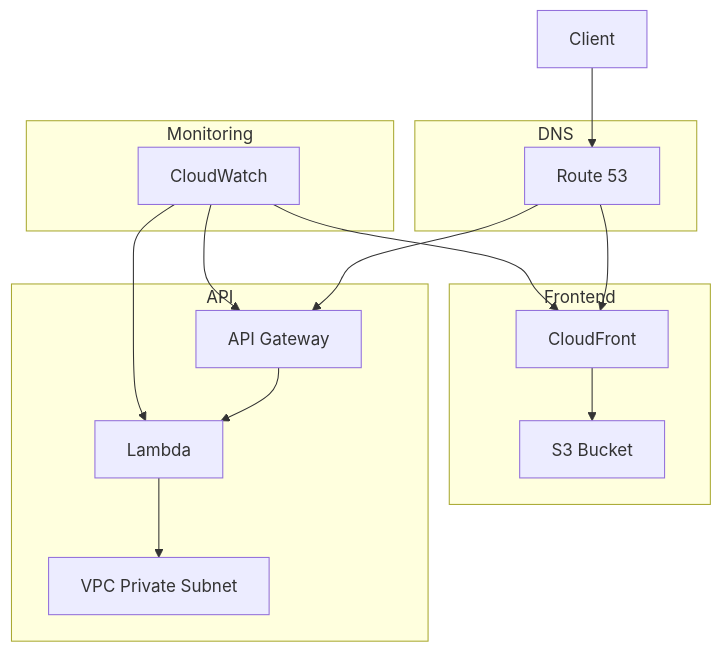
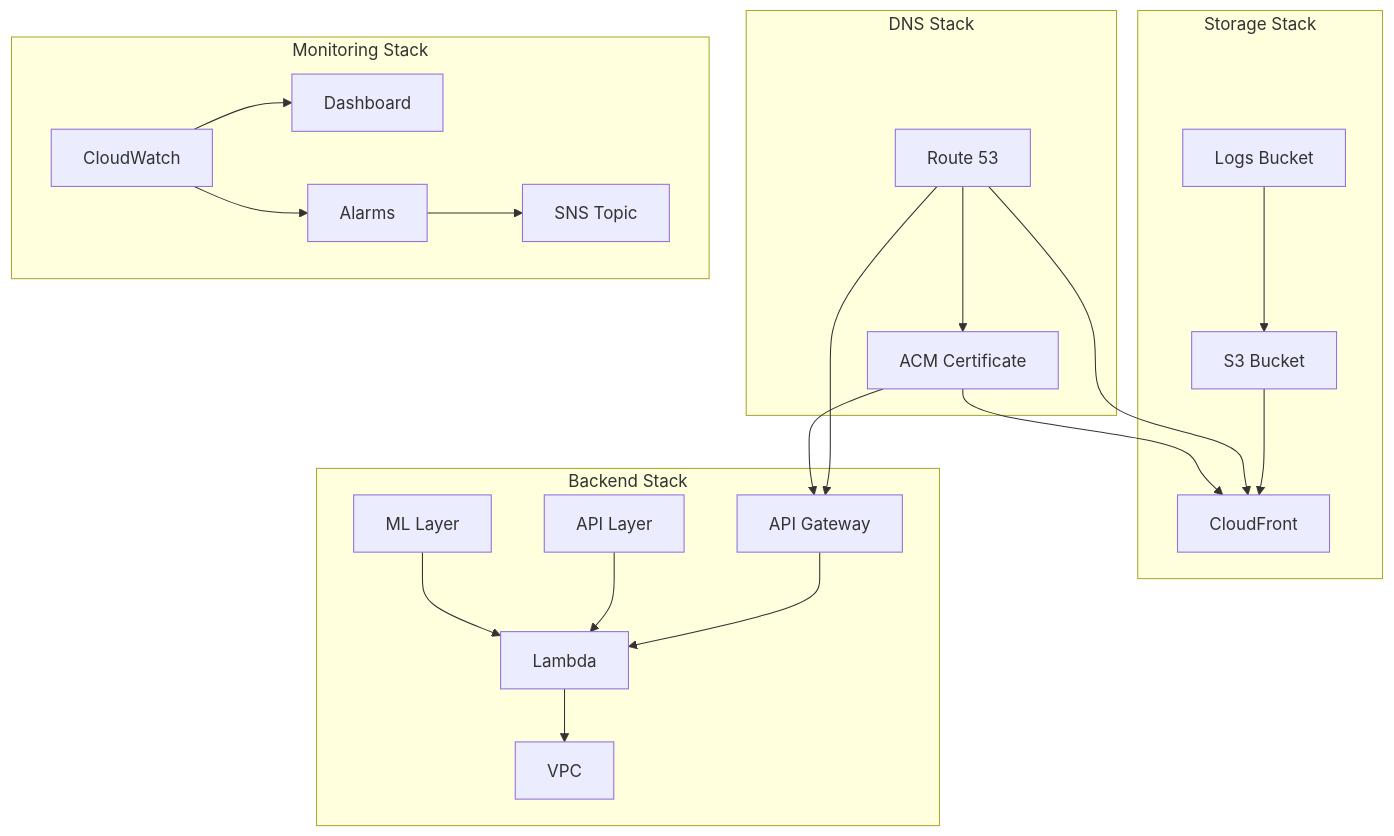
One commit to BjornMelin/stardex changed the diagram in infrastructure/README.md. Above: the diagram before and after it, drawn with Mermaid. The commit also changed other lines of this file and 3 other files, not shown here.

````diff
--- a/infrastructure/README.md
+++ b/infrastructure/README.md
@@ -47,24 +21,29 @@
 ```mermaid
-graph TB
-    subgraph Frontend
-        CF[CloudFront] --> S3[S3 Bucket]
+graph TD
+    subgraph DNS["DNS Stack"]
+        R53[Route 53] --> ACM[ACM Certificate]
     end
 
-    subgraph API
-        APIG[API Gateway] --> Lambda
-        Lambda --> VPC[VPC Private Subnet]
+    subgraph Frontend["Storage Stack"]
+        S3[S3 Bucket] --> CF[CloudFront]
+        S3_LOGS[Logs Bucket] --> S3
     end
 
-    subgraph DNS
-        R53[Route 53] --> CF
-        R53 --> APIG
+    subgraph Backend["Backend Stack"]
+        APIGW[API Gateway] --> Lambda
+        Lambda --> VPC[VPC]
+        Layer1[API Layer] --> Lambda
+        Layer2[ML Layer] --> Lambda
     end
 
-    subgraph Monitoring
-        CW[CloudWatch] --> Lambda
-        CW --> APIG
-        CW --> CF
+    subgraph Monitoring["Monitoring Stack"]
+        CW[CloudWatch] --> Dashboard
+        CW --> Alarms
+        Alarms --> SNS[SNS Topic]
     end
 
-    Client[Client] --> R53
+    R53 --> CF
+    R53 --> APIGW
+    ACM --> CF
+    ACM --> APIGW
 ```
````
